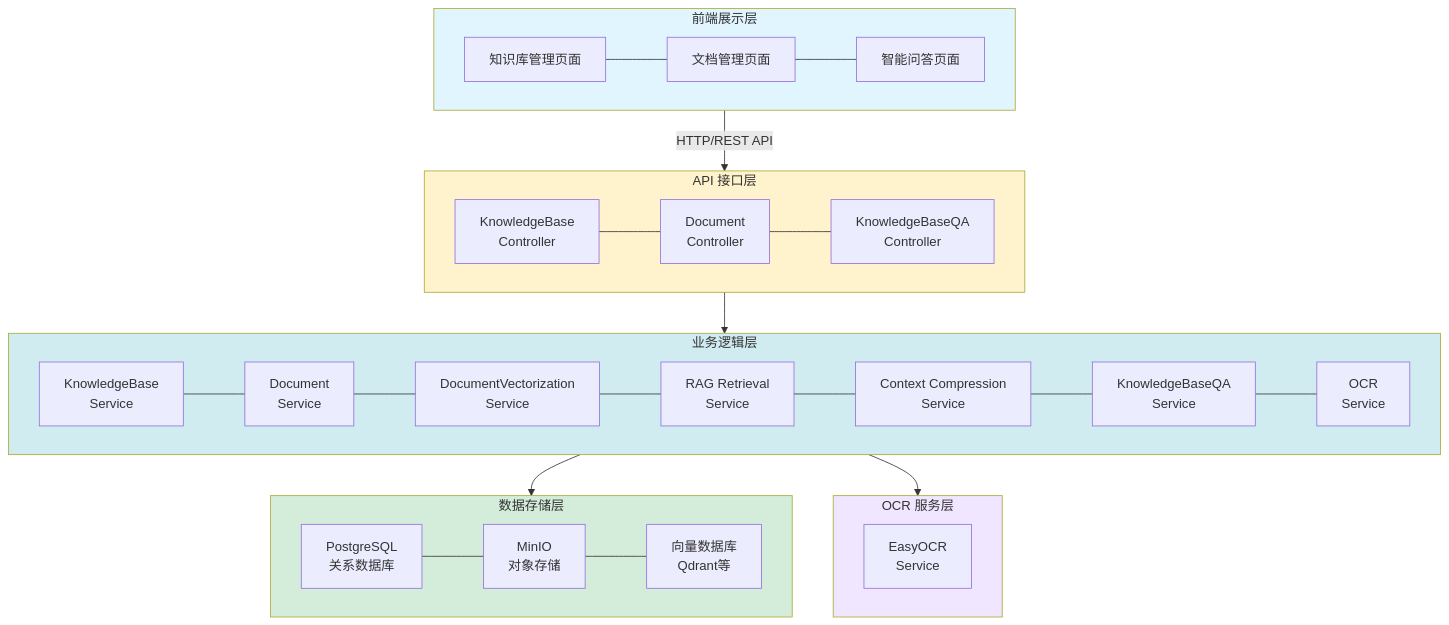
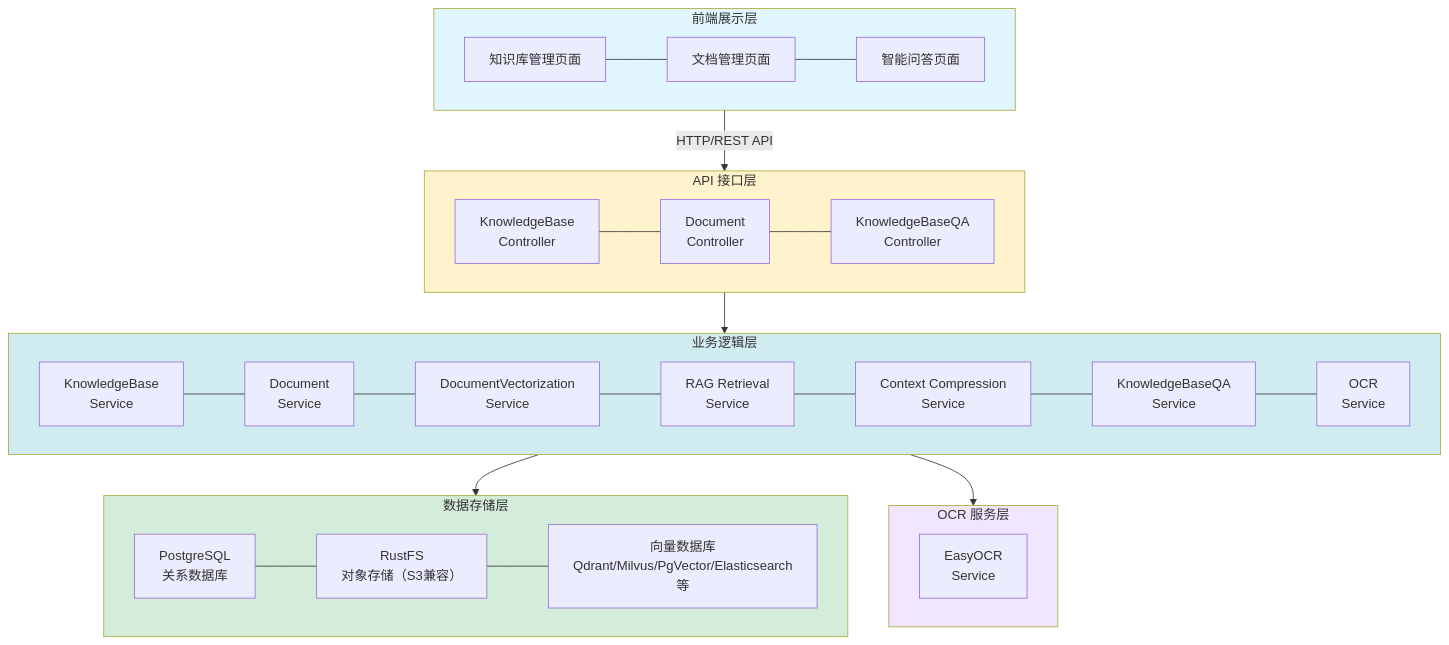
Before and after one commit to NanoAgentCode/DifyApp: the first of 4 diagrams in backend/doc/7.知识库功能设计文档.md, drawn with Mermaid. The commit also changed 8 other files, not shown here.

````diff
--- a/backend/doc/7.知识库功能设计文档.md
+++ b/backend/doc/7.知识库功能设计文档.md
@@ -34,38 +34,38 @@
 ```mermaid
 flowchart TB
     subgraph Frontend["前端展示层"]
         direction LR
         A1[知识库管理页面] --- A2[文档管理页面] --- A3[智能问答页面]
     end
     
     subgraph API["API 接口层"]
         direction LR
         B1[KnowledgeBase<br/>Controller] --- B2[Document<br/>Controller] --- B3[KnowledgeBaseQA<br/>Controller]
     end
     
     subgraph Service["业务逻辑层"]
         direction LR
         C1[KnowledgeBase<br/>Service] --- C2[Document<br/>Service] --- C3[DocumentVectorization<br/>Service] --- C4[RAG Retrieval<br/>Service] --- C5[Context Compression<br/>Service] --- C6[KnowledgeBaseQA<br/>Service] --- C7[OCR<br/>Service]
     end
     
     subgraph OCR["OCR 服务层"]
         direction LR
         E1[EasyOCR<br/>Service]
     end
     
     subgraph Storage["数据存储层"]
         direction LR
-        D1[PostgreSQL<br/>关系数据库] --- D2[MinIO<br/>对象存储] --- D3[向量数据库<br/>Qdrant等]
+        D1[PostgreSQL<br/>关系数据库] --- D2[RustFS<br/>对象存储（S3兼容）] --- D3[向量数据库<br/>Qdrant/Milvus/PgVector/Elasticsearch等]
     end
     
     Frontend -->|HTTP/REST API| API
     API --> Service
     Service --> Storage
     Service --> OCR
     
     style Frontend fill:#e1f5ff
     style API fill:#fff3cd
     style Service fill:#d1ecf1
     style Storage fill:#d4edda
     style OCR fill:#f0e6ff
 ```
````
